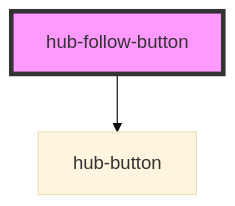
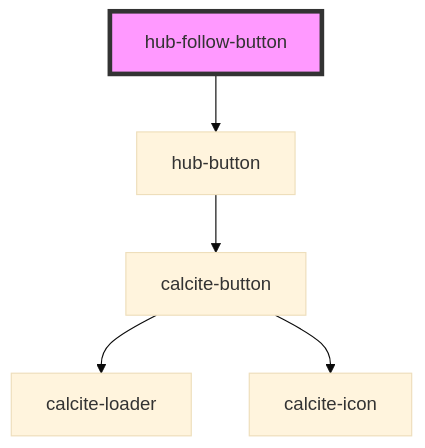
Before and after one commit to esridc/hub-components-experiments: the diagram in src/components/hub-follow-button/readme.md, drawn with Mermaid (base theme). The commit also changed 10 other files, not shown here.

Commit message:
Changed Button to use calcite components

````diff
--- a/src/components/hub-follow-button/readme.md
+++ b/src/components/hub-follow-button/readme.md
@@ -28,5 +28,8 @@
 ```mermaid
 graph TD;
   hub-follow-button --> hub-button
+  hub-button --> calcite-button
+  calcite-button --> calcite-loader
+  calcite-button --> calcite-icon
   style hub-follow-button fill:#f9f,stroke:#333,stroke-width:4px
 ```
````
